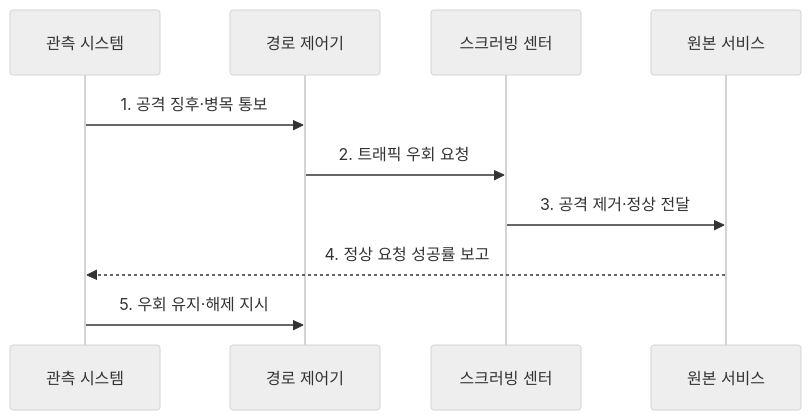
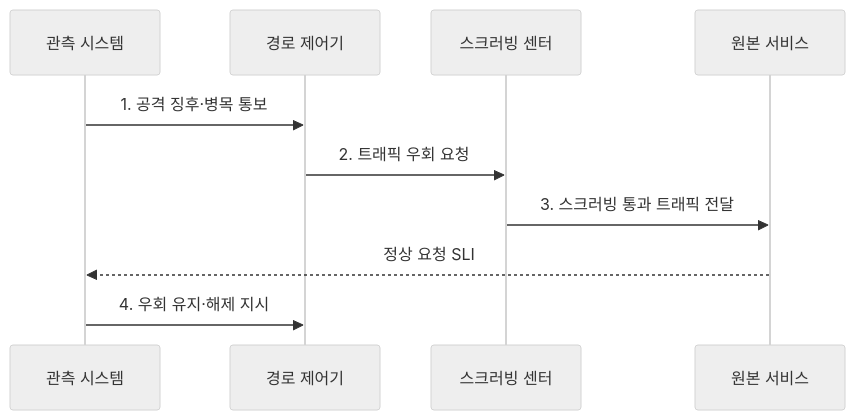
One commit to agnusdei1207/knowledge-base changed the second of 2 diagrams in src/content/docs/notes/05-security/025_ddos_attack.md. Above: the diagram before and after it, drawn with Mermaid (neutral theme). The commit also changed other lines of this file and 20 other files, not shown here.

````diff
--- a/src/content/docs/notes/05-security/025_ddos_attack.md
+++ b/src/content/docs/notes/05-security/025_ddos_attack.md
@@ -92,12 +92,12 @@
 ```mermaid
 sequenceDiagram
     participant M as 관측 시스템
     participant R as 경로 제어기
     participant S as 스크러빙 센터
     participant O as 원본 서비스
     M->>R: 1. 공격 징후·병목 통보
     R->>S: 2. 트래픽 우회 요청
-    S->>O: 3. 공격 제거·정상 전달
-    O-->>M: 4. 정상 요청 성공률 보고
-    M->>R: 5. 우회 유지·해제 지시
+    S->>O: 3. 스크러빙 통과 트래픽 전달
+    O-->>M: 정상 요청 SLI
+    M->>R: 4. 우회 유지·해제 지시
 ```
````
